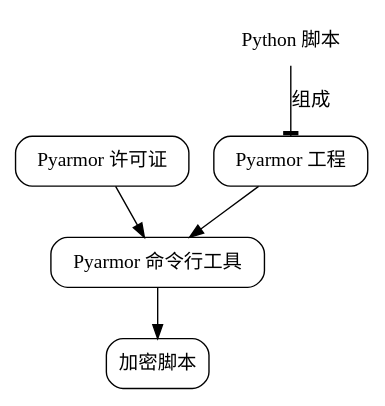
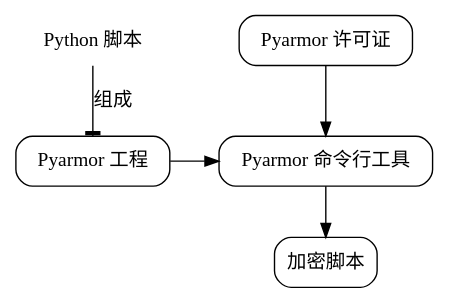
One commit to dashingsoft/dashingsoft.github.io changed the diagram in pyarmor/learn/zh/index.rst. Above: the diagram before and after it, drawn with Graphviz. The commit also changed other lines of this file and 1 other file, not shown here.

Commit message:
Add concepts

```diff
--- a/pyarmor/learn/zh/index.rst
+++ b/pyarmor/learn/zh/index.rst
@@ -10,24 +10,24 @@
 .. graphviz::
    :caption: Pyarmor 组成和结构
    :align: center
    :name: master-graph
 
    digraph G {
 
           node [shape=box, style=rounded]
 
           c1 [label="Pyarmor 命令行工具"
-              href="concept.html#pyarmor-cli"]
+              href="concepts.html#pyarmor-cli"]
           c2 [label="Pyarmor 许可证"
               href="https://pyarmor.readthedocs.io/zh/latest/licenses.html"]
           c3 [label="Pyarmor 工程"
-              href="concept.html#project"]
+              href="concepts.html#project"]
           c4 [label="Python 脚本", shape=plaintext]
           c5 [label="加密脚本"
-              href="concept.html#obfuscated-scripts"]
+              href="concepts.html#obf-scripts"]
 
           c4 -> c3 [arrowhead=tee, label="组成"]
-          c3 -> c1
+          rank=same {c3 -> c1}
           c2 -> c1
           c1 -> c5
    }
```
